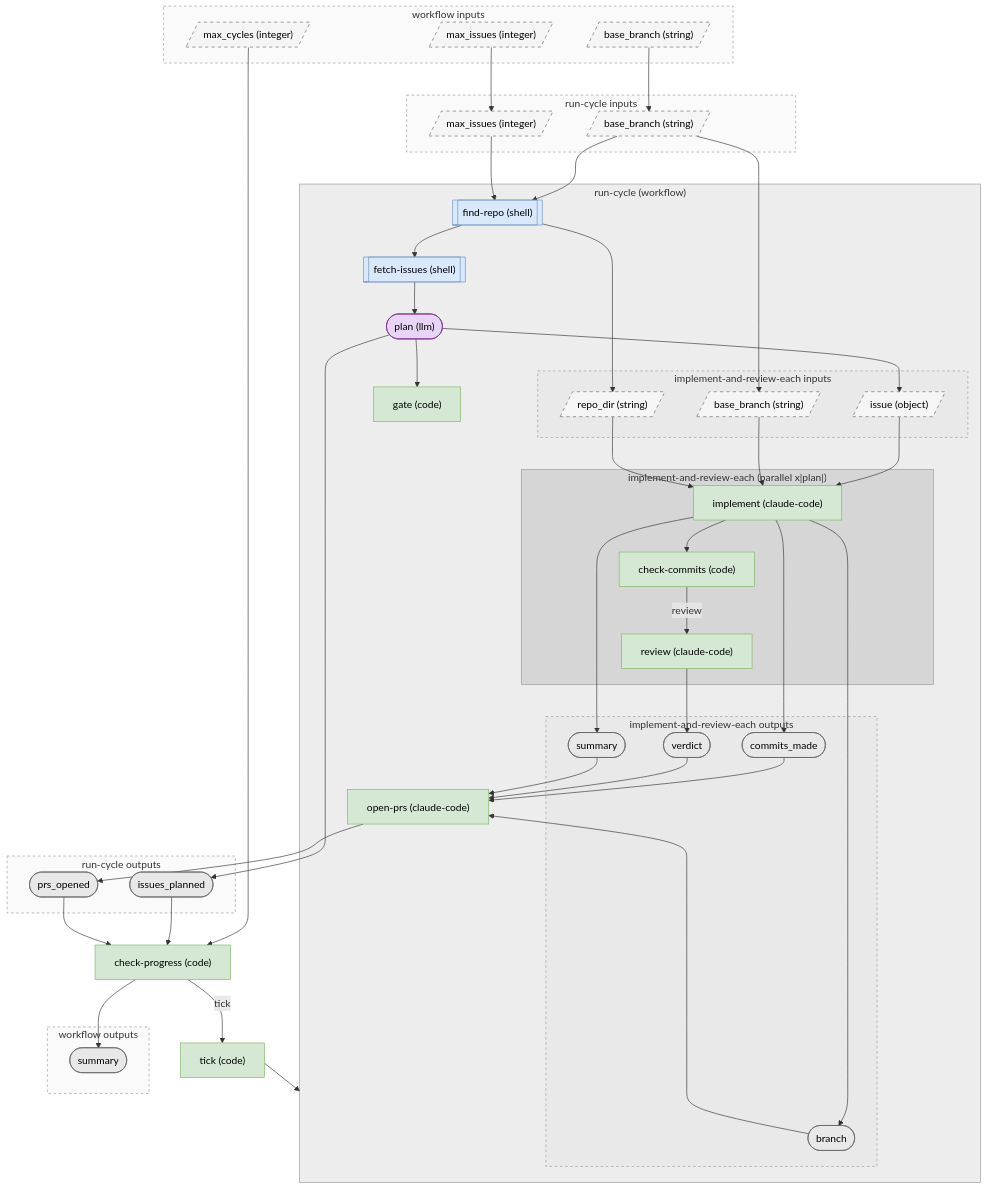
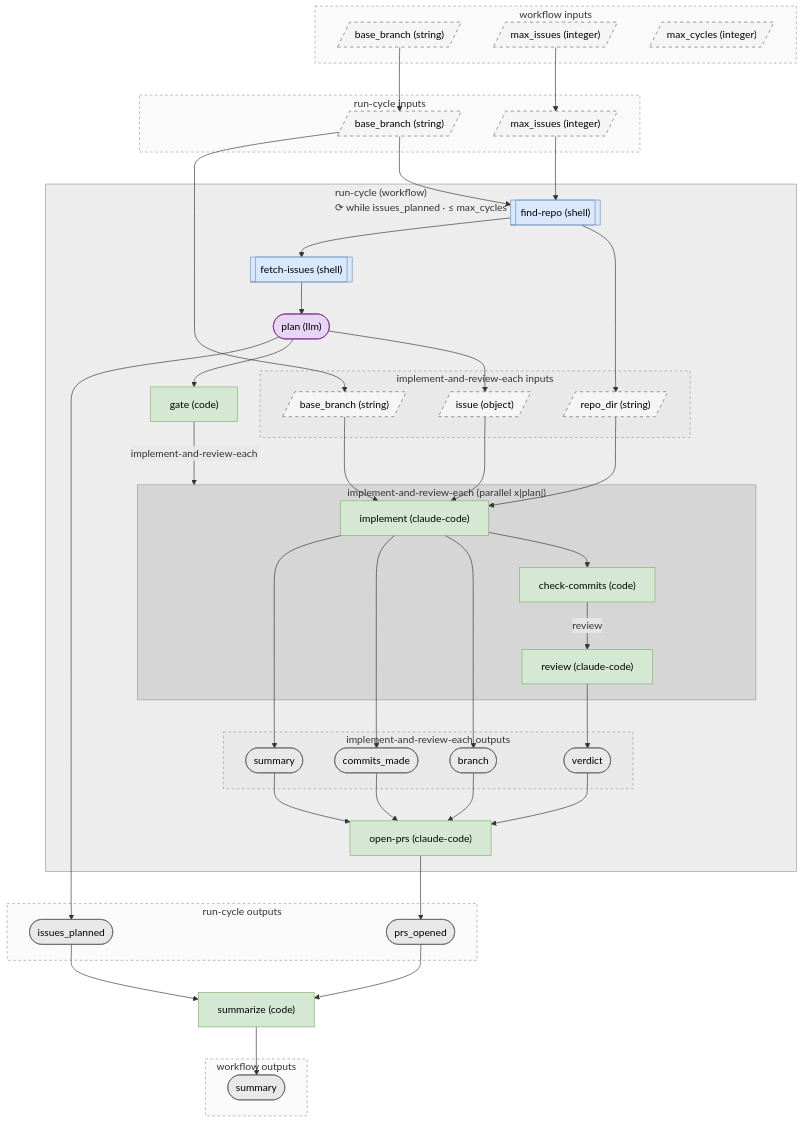
The diagram in examples/agent-orchestration/parallel-planner-review/README.md (spinje/pflow), drawn with Mermaid before and after one commit. The commit also changed other lines of this file and 34 other files, not shown here.

````diff
--- a/examples/agent-orchestration/parallel-planner-review/README.md
+++ b/examples/agent-orchestration/parallel-planner-review/README.md
@@ -43,7 +41,6 @@
         input_max_cycles[/"max_cycles (integer)"/]:::input
     end
     style workflow-inputs fill:#808080,fill-opacity:0.04,stroke:#999,stroke-dasharray:4 4
-    tick["tick (code)"]:::code
     subgraph run-cycle-in ["run-cycle inputs"]
         run-cycle__in_base_branch[/"base_branch (string)"/]:::input
         run-cycle__in_max_issues[/"max_issues (integer)"/]:::input
@@ -51,7 +48,7 @@
     style run-cycle-in fill:#808080,fill-opacity:0.04,stroke:#999,stroke-dasharray:4 4
     run-cycle__in_base_branch --> run-cycle__find-repo
     run-cycle__in_max_issues --> run-cycle__find-repo
-    subgraph run-cycle ["run-cycle (workflow)"]
+    subgraph run-cycle ["run-cycle (workflow)<br/>⟳ while issues_planned · ≤ max_cycles"]
         run-cycle__find-repo[["find-repo (shell)"]]:::shell
         run-cycle__fetch-issues[["fetch-issues (shell)"]]:::shell
         run-cycle__plan(["plan (llm)"]):::llm
@@ -85,12 +82,13 @@
         run-cycle__implement-and-review-each__review --> run-cycle__implement-and-review-each__out_verdict
         run-cycle__implement-and-review-each__implement --> run-cycle__implement-and-review-each__out_summary
         run-cycle__plan --> run-cycle__implement-and-review-each__in_issue
+        run-cycle__find-repo --> run-cycle__implement-and-review-each__in_repo_dir
         run-cycle__in_base_branch --> run-cycle__implement-and-review-each__in_base_branch
-        run-cycle__find-repo --> run-cycle__implement-and-review-each__in_repo_dir
         run-cycle__open-prs["open-prs (claude-code)"]:::code
         run-cycle__find-repo --> run-cycle__fetch-issues
         run-cycle__fetch-issues --> run-cycle__plan
         run-cycle__plan --> run-cycle__gate
+        run-cycle__gate -->|implement-and-review-each| run-cycle__implement-and-review-each
         run-cycle__implement-and-review-each__out_branch --> run-cycle__open-prs
         run-cycle__implement-and-review-each__out_commits_made --> run-cycle__open-prs
         run-cycle__implement-and-review-each__out_verdict --> run-cycle__open-prs
@@ -104,17 +102,14 @@
     style run-cycle-out fill:#808080,fill-opacity:0.04,stroke:#999,stroke-dasharray:4 4
     run-cycle__plan --> run-cycle__out_issues_planned
     run-cycle__open-prs --> run-cycle__out_prs_opened
-    check-progress["check-progress (code)"]:::code
+    summarize["summarize (code)"]:::code
     input_base_branch --> run-cycle__in_base_branch
     input_max_issues --> run-cycle__in_max_issues
-    input_max_cycles --> check-progress
     subgraph workflow-outputs ["workflow outputs"]
         out_summary(["summary"]):::output
     end
     style workflow-outputs fill:#808080,fill-opacity:0.04,stroke:#999,stroke-dasharray:4 4
-    check-progress --> out_summary
-    tick --> run-cycle
-    run-cycle__out_issues_planned --> check-progress
-    run-cycle__out_prs_opened --> check-progress
-    check-progress -->|tick| tick
+    summarize --> out_summary
+    run-cycle__out_issues_planned --> summarize
+    run-cycle__out_prs_opened --> summarize
 ```
````
